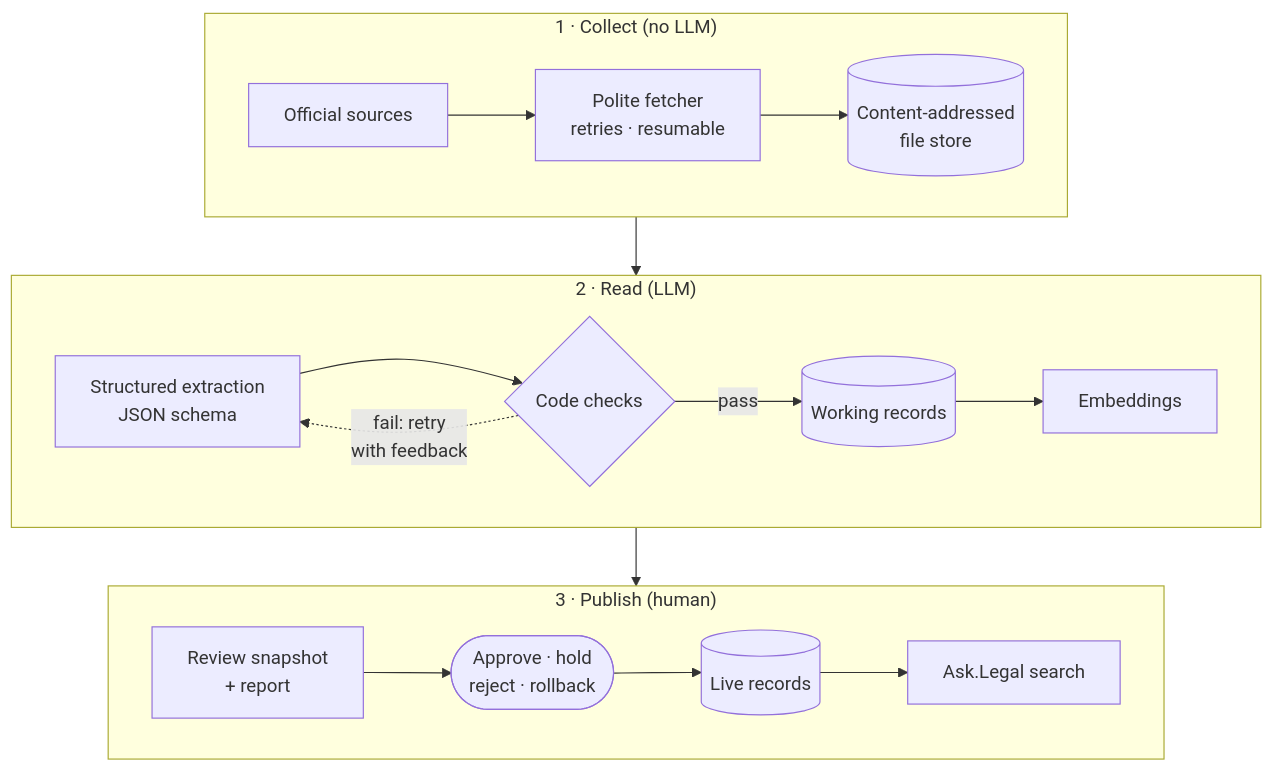
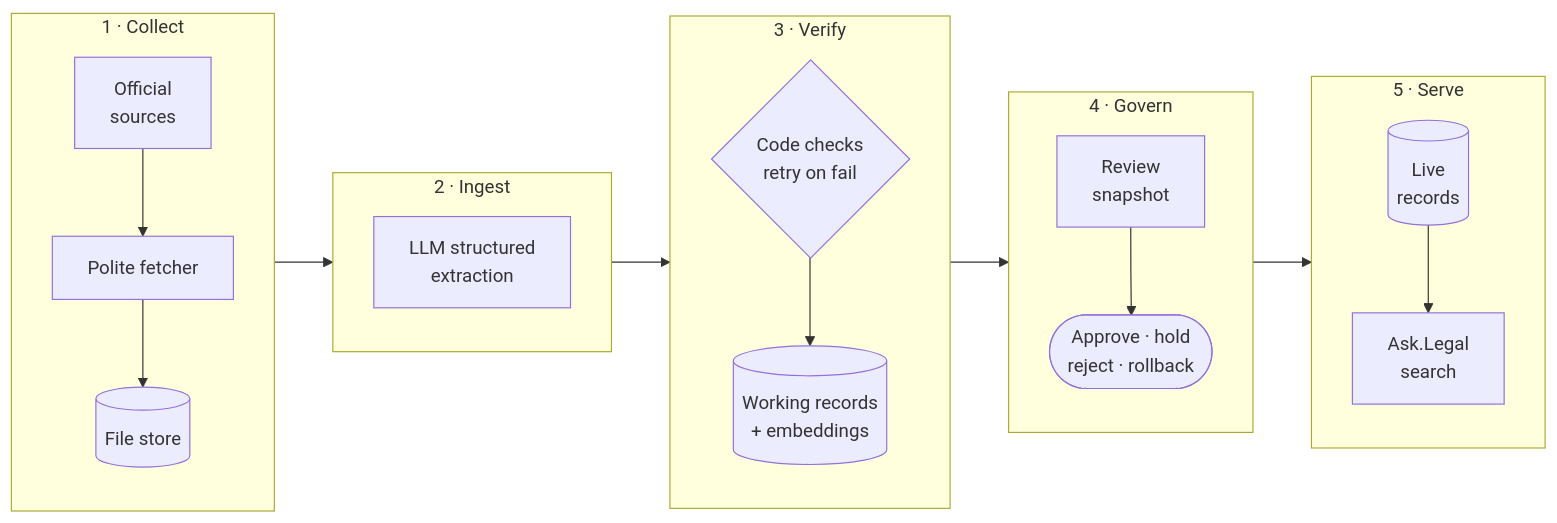
The diagram in README.md (stevw-repo/noteup-showcase), drawn with Mermaid before and after one commit. The commit also changed other lines of this file, not shown here.

Commit message:
Sharper wording: continuous legal intelligence, five-stage architecture

````diff
--- a/README.md
+++ b/README.md
@@ -126,18 +128,24 @@
 ```mermaid
-flowchart TB
-    subgraph collect["1 · Collect (no LLM)"]
-        direction LR
-        src["Official sources"] --> fetch["Polite fetcher<br/>retries · resumable"] --> raw[("Content-addressed<br/>file store")]
+flowchart LR
+    subgraph collect["1 · Collect"]
+        direction TB
+        src["Official<br/>sources"] --> fetch["Polite fetcher"] --> raw[("File store")]
     end
-    subgraph read["2 · Read (LLM)"]
-        direction LR
-        llm["Structured extraction<br/>JSON schema"] --> verify{"Code checks"}
-        verify -. "fail: retry<br/>with feedback" .-> llm
-        verify -- pass --> working[("Working records")] --> embed["Embeddings"]
+    subgraph ingest["2 · Ingest"]
+        direction TB
+        llm["LLM structured<br/>extraction"]
     end
-    subgraph publish["3 · Publish (human)"]
-        direction LR
-        snap["Review snapshot<br/>+ report"] --> approve(["Approve · hold<br/>reject · rollback"]) --> live[("Live records")] --> app["Ask.Legal search"]
+    subgraph verify["3 · Verify"]
+        direction TB
+        checks{"Code checks<br/>retry on fail"} --> working[("Working records<br/>+ embeddings")]
     end
-    collect --> read --> publish
+    subgraph govern["4 · Govern"]
+        direction TB
+        snap["Review<br/>snapshot"] --> approve(["Approve · hold<br/>reject · rollback"])
+    end
+    subgraph serve["5 · Serve"]
+        direction TB
+        live[("Live<br/>records")] --> app["Ask.Legal<br/>search"]
+    end
+    collect --> ingest --> verify --> govern --> serve
 ```
````
